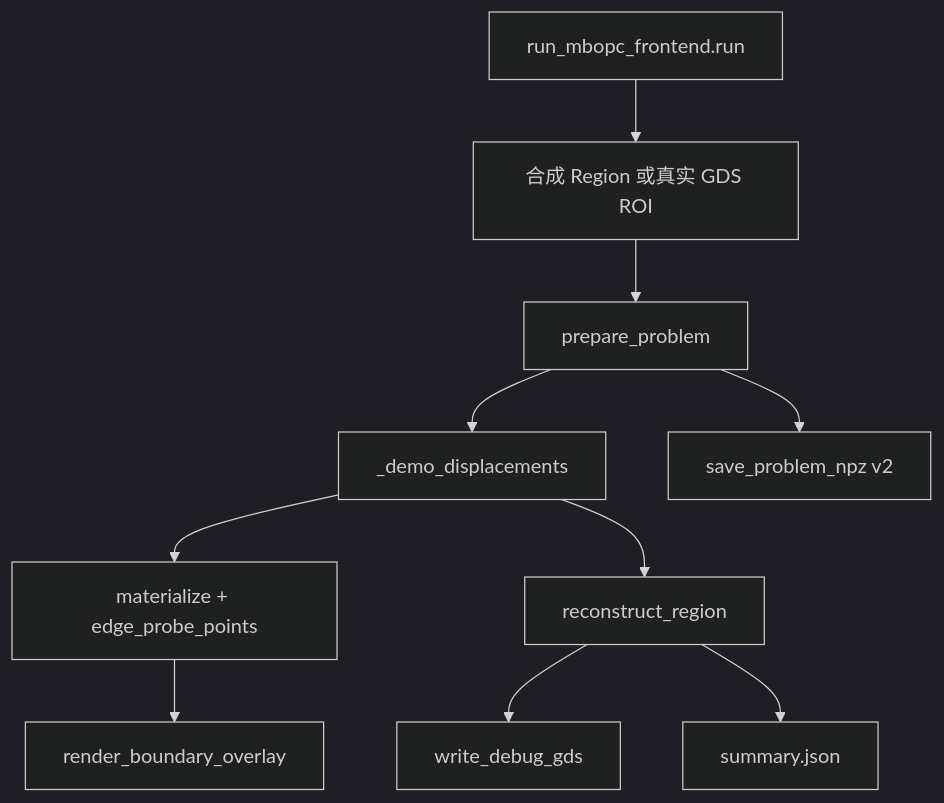
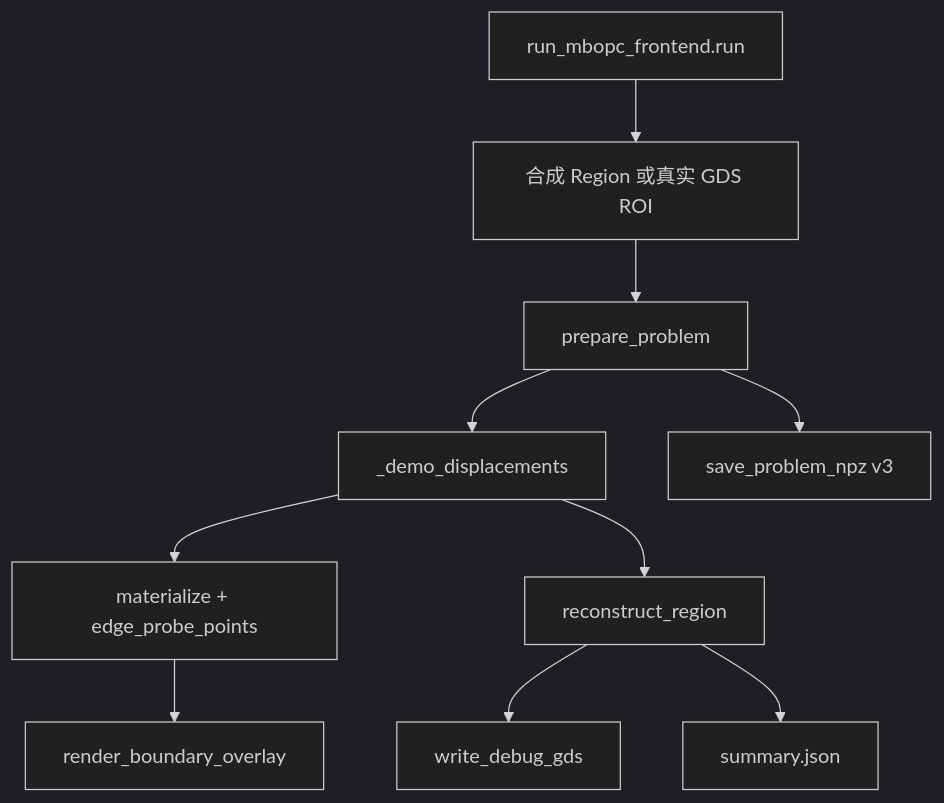
The eighth of 9 diagrams in doc/function_call_architecture.md (Eve429/MyOPC), drawn with Mermaid (dark theme) before and after one commit. The commit also changed other lines of this file and 20 other files, not shown here.

````diff
--- a/doc/function_call_architecture.md
+++ b/doc/function_call_architecture.md
@@ -176,12 +179,12 @@
 ```mermaid
 flowchart TD
     A[run_mbopc_frontend.run] --> B[合成 Region 或真实 GDS ROI]
     B --> C[prepare_problem]
     C --> D[_demo_displacements]
     D --> E[materialize + edge_probe_points]
     D --> F[reconstruct_region]
-    C --> G[save_problem_npz v2]
+    C --> G[save_problem_npz v3]
     E --> H[render_boundary_overlay]
     F --> I[write_debug_gds]
     F --> J[summary.json]
 ```
````
